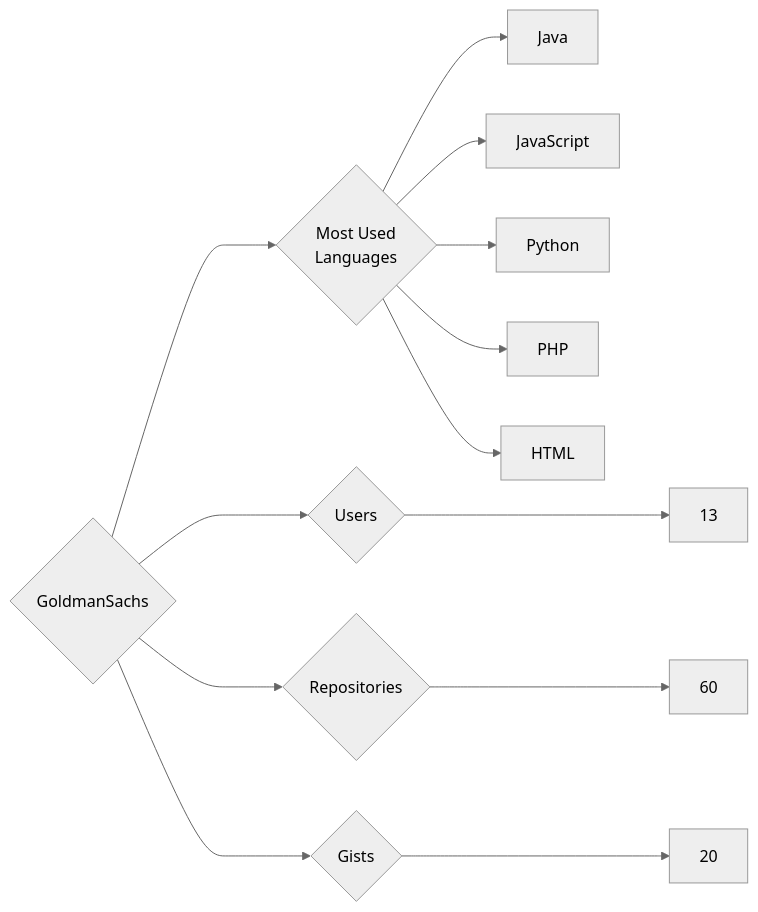
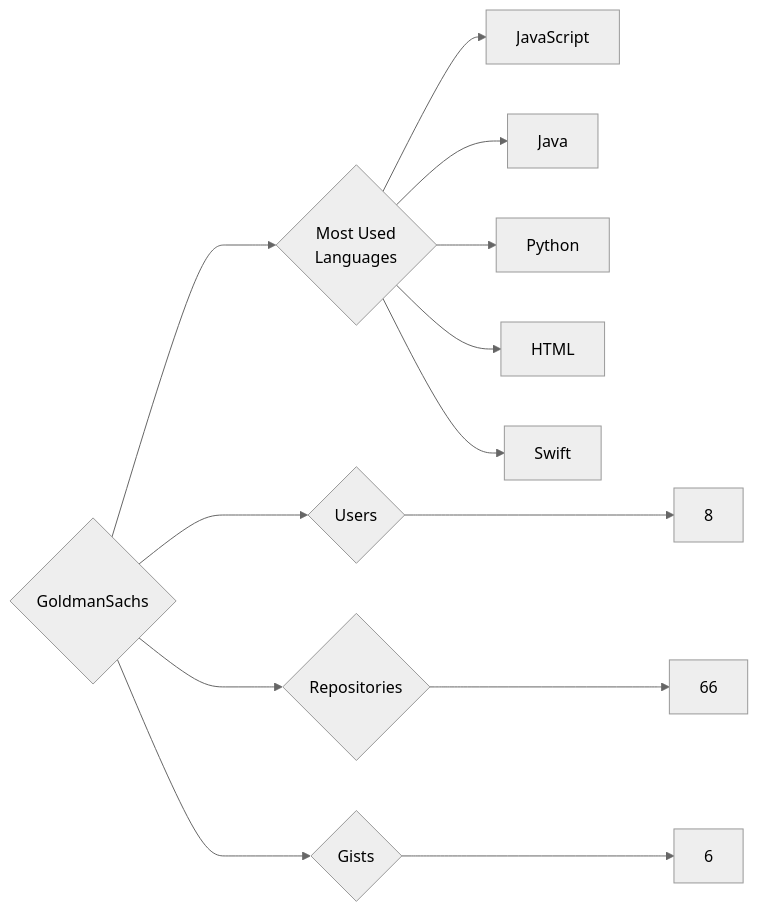
Before and after one commit to trickest/insiders: the diagram in targets/GoldmanSachs/README.md, drawn with Mermaid (neutral theme). The commit also changed 1166 other files, not shown here.

````diff
--- a/targets/GoldmanSachs/README.md
+++ b/targets/GoldmanSachs/README.md
@@ -3,13 +3,13 @@
 ```mermaid
 graph LR
 COMPANY_NAME{GoldmanSachs}
-COMPANY_NAME ---> U{Users} ---> UN[13]
-COMPANY_NAME ---> R{Repositories} ---> RN[60]
-COMPANY_NAME ---> G{Gists} ---> GN[20]
+COMPANY_NAME ---> U{Users} ---> UN[8]
+COMPANY_NAME ---> R{Repositories} ---> RN[66]
+COMPANY_NAME ---> G{Gists} ---> GN[6]
 COMPANY_NAME ---> ML{Most Used<br>Languages}
+ML --> JavaScript[JavaScript]
 ML --> Java[Java]
-ML --> JavaScript[JavaScript]
 ML --> Python[Python]
-ML --> PHP[PHP]
 ML --> HTML[HTML]
+ML --> Swift[Swift]
 ```
````
